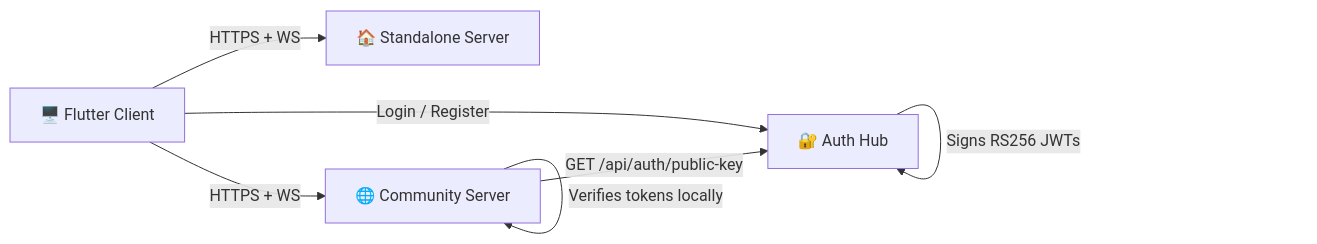
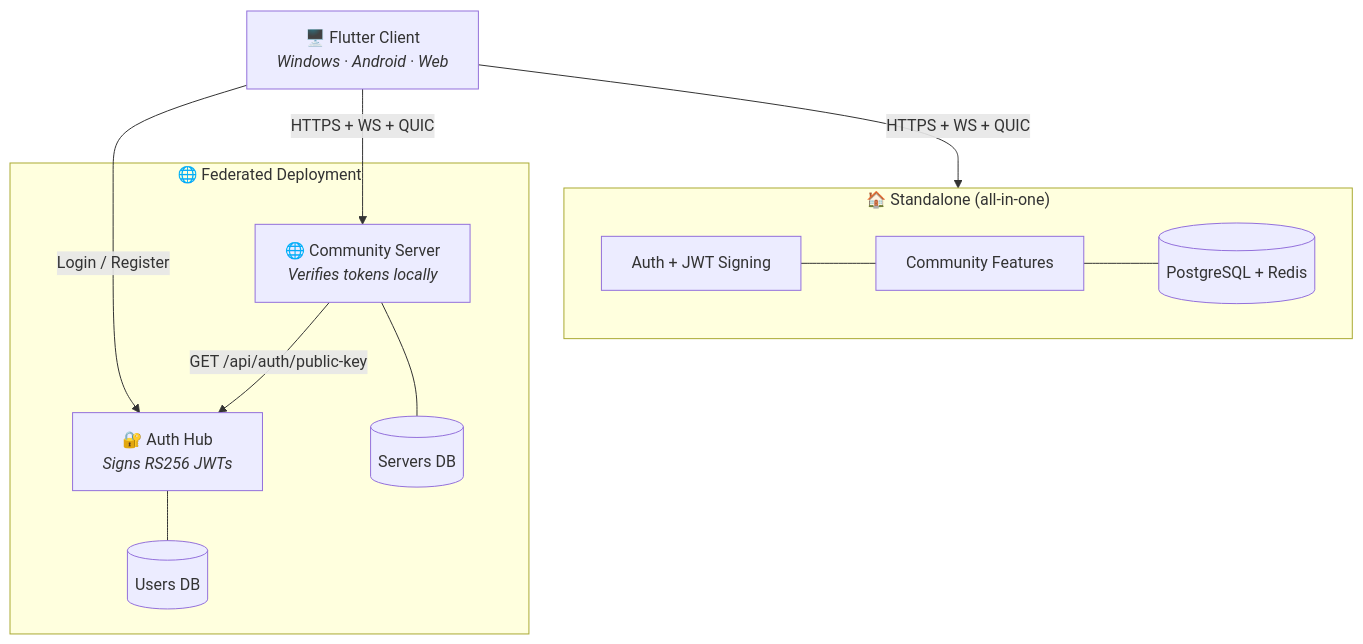
Before and after one commit to ItsKorayYT/antarcticom: the diagram in README.md, drawn with Mermaid. The commit also changed other lines of this file and 3 other files, not shown here.

````diff
--- a/README.md
+++ b/README.md
@@ -33,14 +33,26 @@
 ```mermaid
-graph LR
-    Client["🖥️ Flutter Client"]
-    Standalone["🏠 Standalone Server"]
-    AuthHub["🔐 Auth Hub"]
-    Community["🌐 Community Server"]
+graph TB
+    Client["🖥️ Flutter Client<br/><i>Windows · Android · Web</i>"]
 
-    Client -- "HTTPS + WS" --> Standalone
-    Client -- "HTTPS + WS" --> Community
+    subgraph Standalone["🏠 Standalone (all-in-one)"]
+        S_Auth["Auth + JWT Signing"]
+        S_Community["Community Features"]
+        S_Data[("PostgreSQL + Redis")]
+        S_Auth --- S_Community
+        S_Community --- S_Data
+    end
+
+    subgraph Federated["🌐 Federated Deployment"]
+        AuthHub["🔐 Auth Hub<br/><i>Signs RS256 JWTs</i>"]
+        Community["🌐 Community Server<br/><i>Verifies tokens locally</i>"]
+        AH_DB[("Users DB")]
+        CS_DB[("Servers DB")]
+        AuthHub --- AH_DB
+        Community --- CS_DB
+        Community -- "GET /api/auth/public-key" --> AuthHub
+    end
+
+    Client -- "HTTPS + WS + QUIC" --> Standalone
     Client -- "Login / Register" --> AuthHub
-    Community -- "GET /api/auth/public-key" --> AuthHub
-    AuthHub -- "Signs RS256 JWTs" --> AuthHub
-    Community -- "Verifies tokens locally" --> Community
+    Client -- "HTTPS + WS + QUIC" --> Community
 ```
````
